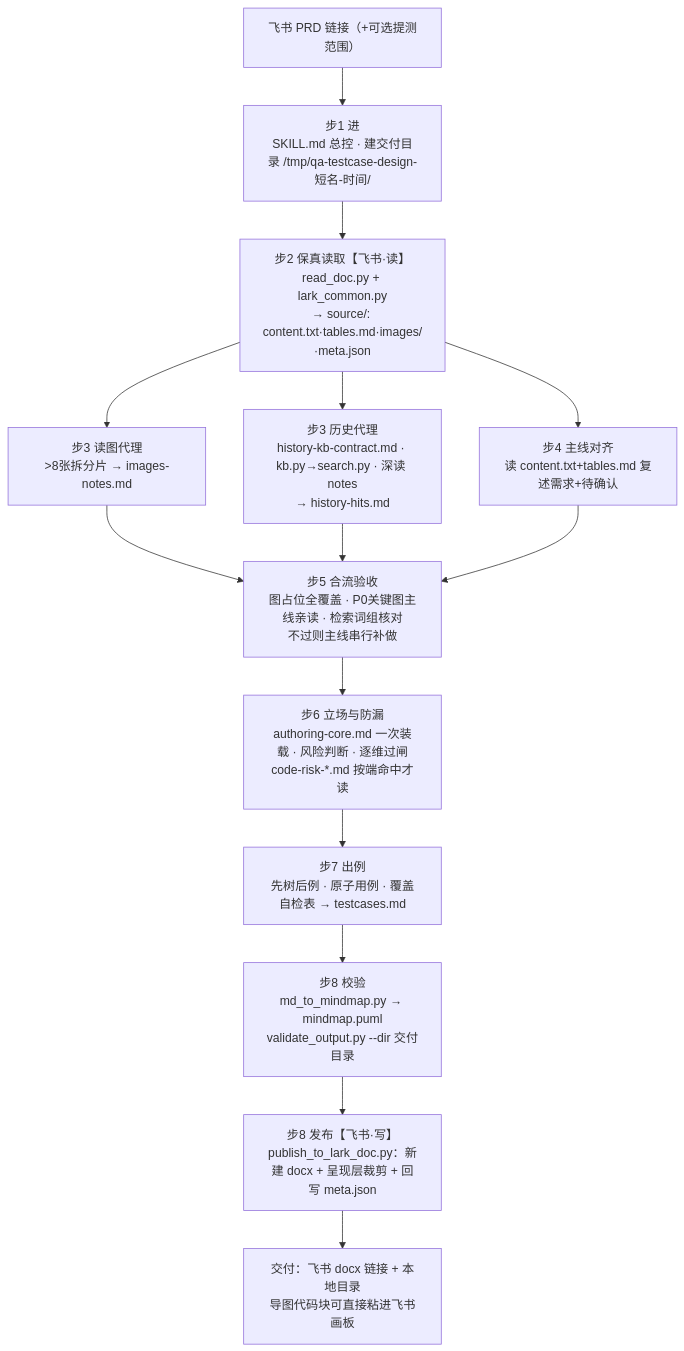
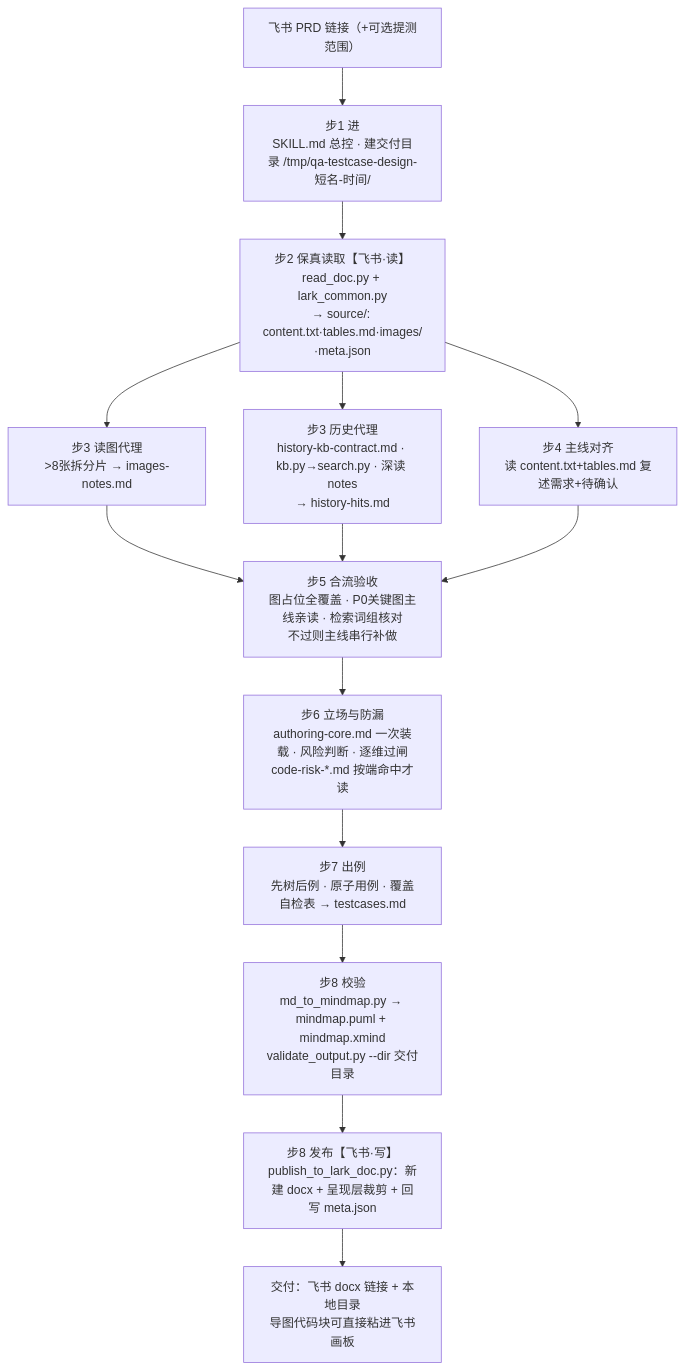
The diagram in skills/qa-testcase-design/PIPELINE.md (Areli-ga/qa-common-skill), drawn with Mermaid before and after one commit. The commit also changed other lines of this file and 5 other files, not shown here.

First line of the commit message:
feat(qa-testcase-design): 生成思维导图时同步在本地输出 mindmap.xmind

````diff
--- a/skills/qa-testcase-design/PIPELINE.md
+++ b/skills/qa-testcase-design/PIPELINE.md
@@ -8,16 +8,16 @@
 ```mermaid
 flowchart TD
     A["飞书 PRD 链接（+可选提测范围）"] --> B["步1 进<br/>SKILL.md 总控 · 建交付目录 /tmp/qa-testcase-design-短名-时间/"]
     B --> C["步2 保真读取【飞书·读】<br/>read_doc.py + lark_common.py<br/>→ source/: content.txt·tables.md·images/·meta.json"]
     C --> E["步3 读图代理<br/>>8张拆分片 → images-notes.md"]
     C --> F["步3 历史代理<br/>history-kb-contract.md · kb.py→search.py · 深读 notes<br/>→ history-hits.md"]
     C --> G["步4 主线对齐<br/>读 content.txt+tables.md 复述需求+待确认"]
     E --> H["步5 合流验收<br/>图占位全覆盖 · P0关键图主线亲读 · 检索词组核对<br/>不过则主线串行补做"]
     F --> H
     G --> H
     H --> I["步6 立场与防漏<br/>authoring-core.md 一次装载 · 风险判断 · 逐维过闸<br/>code-risk-*.md 按端命中才读"]
     I --> J["步7 出例<br/>先树后例 · 原子用例 · 覆盖自检表 → testcases.md"]
-    J --> L["步8 校验<br/>md_to_mindmap.py → mindmap.puml<br/>validate_output.py --dir 交付目录"]
+    J --> L["步8 校验<br/>md_to_mindmap.py → mindmap.puml + mindmap.xmind<br/>validate_output.py --dir 交付目录"]
     L --> M["步8 发布【飞书·写】<br/>publish_to_lark_doc.py：新建 docx + 呈现层裁剪 + 回写 meta.json"]
     M --> N["交付：飞书 docx 链接 + 本地目录<br/>导图代码块可直接粘进飞书画板"]
 ```
````
